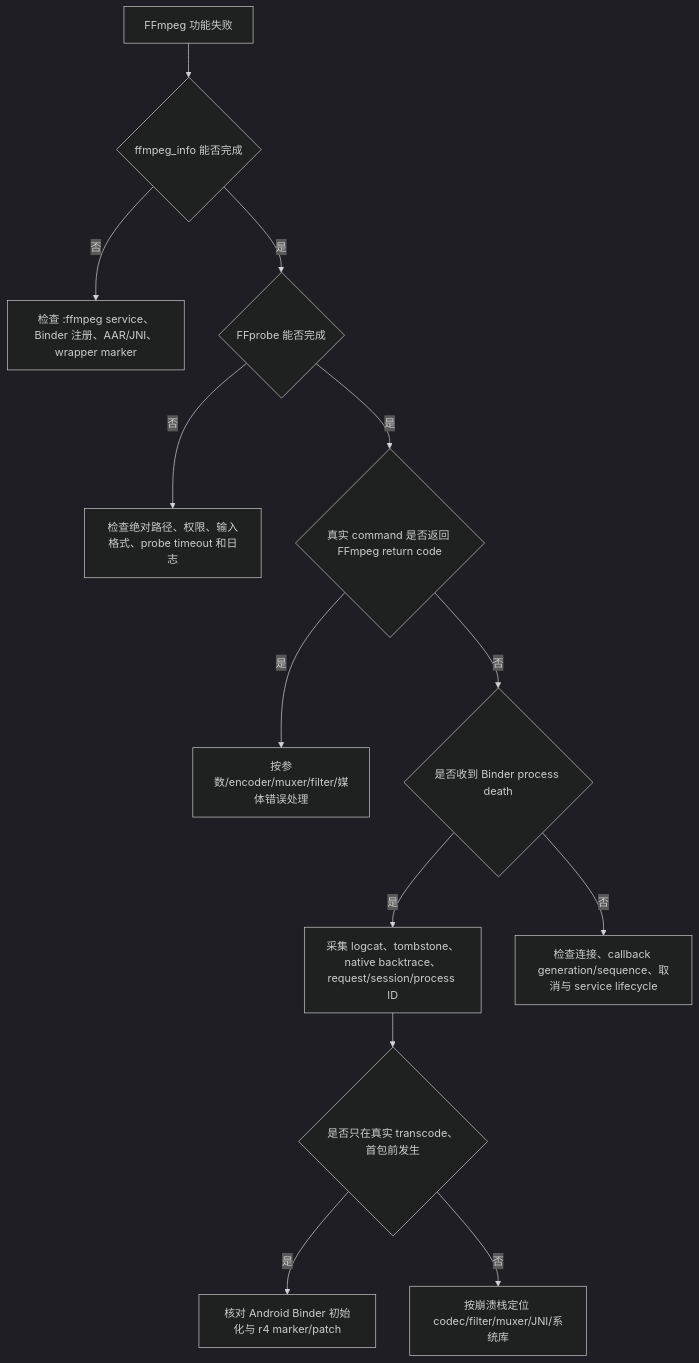
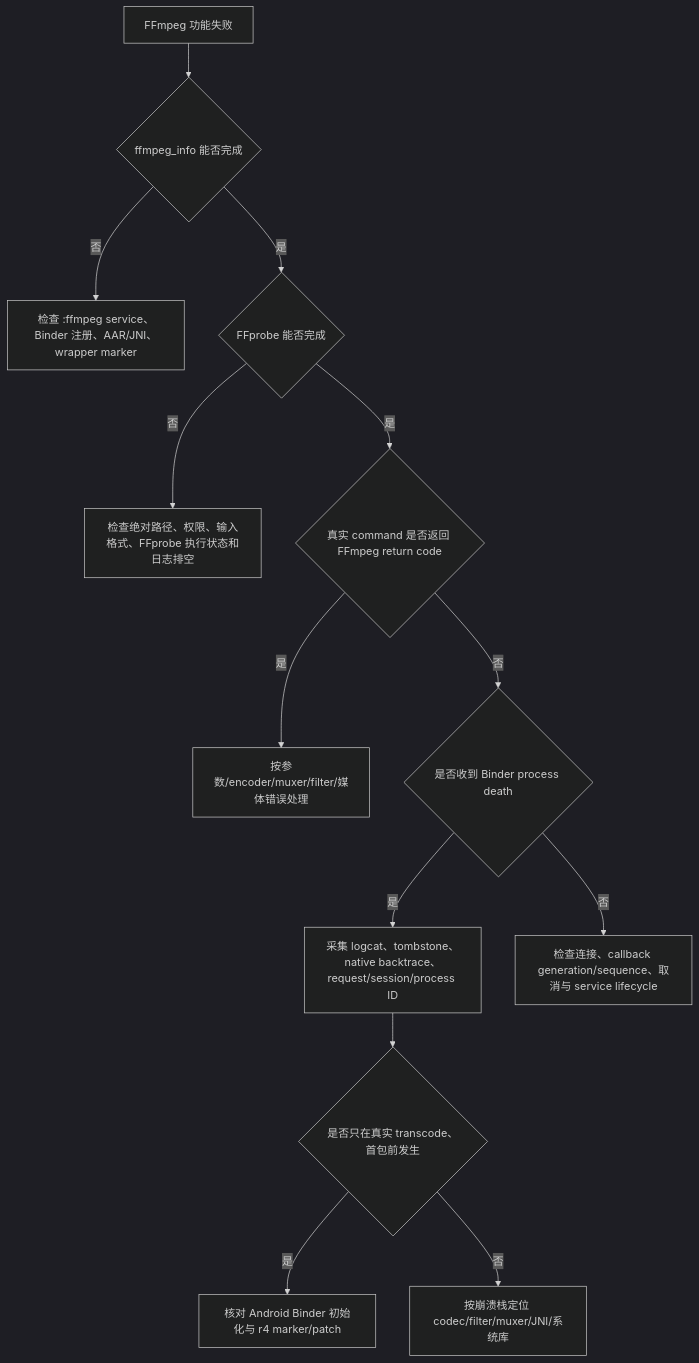
Before and after one commit to Kiyori-CN/Kiyori: the second of 2 diagrams in docs/doc-src/dev-core/FFMPEG_ARCHITECTURE.md, drawn with Mermaid (dark theme). The commit also changed other lines of this file and 45 other files, not shown here.

````diff
--- a/docs/doc-src/dev-core/FFMPEG_ARCHITECTURE.md
+++ b/docs/doc-src/dev-core/FFMPEG_ARCHITECTURE.md
@@ -1144,15 +1193,15 @@
 ```mermaid
 flowchart TD
     Start["FFmpeg 功能失败"] --> Info{"ffmpeg_info 能否完成"}
     Info -->|"否"| Bind["检查 :ffmpeg service、Binder 注册、AAR/JNI、wrapper marker"]
     Info -->|"是"| Probe{"FFprobe 能否完成"}
-    Probe -->|"否"| ProbePath["检查绝对路径、权限、输入格式、probe timeout 和日志"]
+    Probe -->|"否"| ProbePath["检查绝对路径、权限、输入格式、FFprobe 执行状态和日志排空"]
     Probe -->|"是"| Command{"真实 command 是否返回 FFmpeg return code"}
     Command -->|"是"| NormalFailure["按参数/encoder/muxer/filter/媒体错误处理"]
     Command -->|"否"| Died{"是否收到 Binder process death"}
     Died -->|"是"| NativeEvidence["采集 logcat、tombstone、native backtrace、request/session/process ID"]
     Died -->|"否"| Waiting["检查连接、callback generation/sequence、取消与 service lifecycle"]
     NativeEvidence --> Boundary{"是否只在真实 transcode、首包前发生"}
     Boundary -->|"是"| BinderPath["核对 Android Binder 初始化与 r4 marker/patch"]
     Boundary -->|"否"| StackPath["按崩溃栈定位 codec/filter/muxer/JNI/系统库"]
 ```
````
